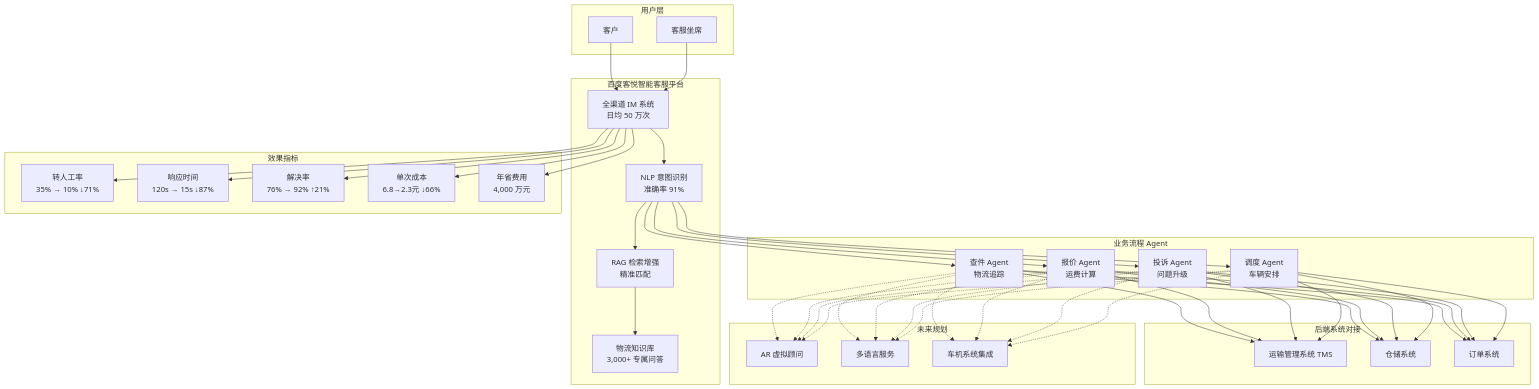
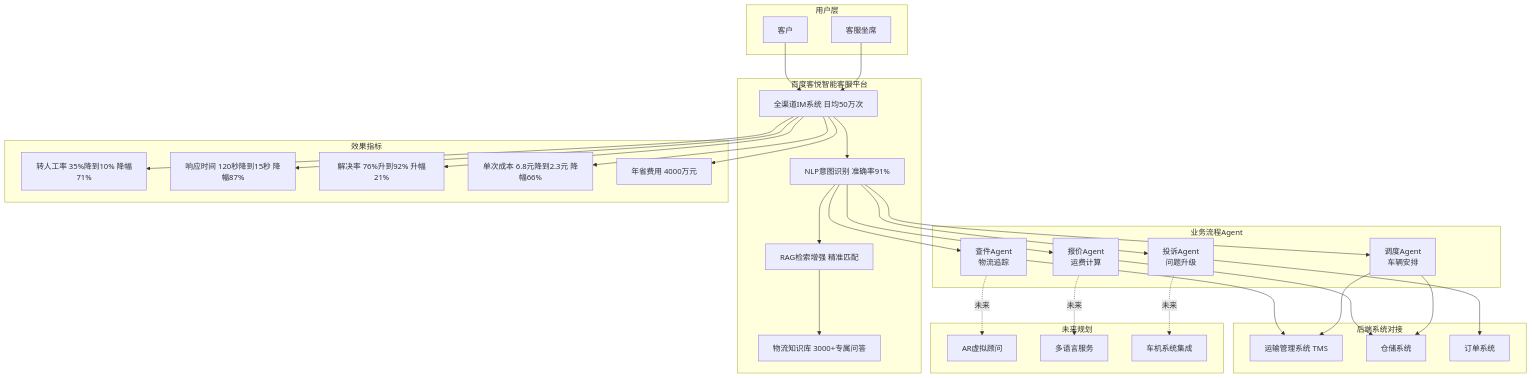
One commit to wly-163/grid-qa changed the seventh of 8 diagrams in 供应链物流智能客服Agent架构图.md. Above: the diagram before and after it, drawn with Mermaid. The commit also changed other lines of this file, not shown here.

First line of the commit message:
fix: 修复Mermaid图语法-去掉&多目标箭头和emoji

````diff
--- a/供应链物流智能客服Agent架构图.md
+++ b/供应链物流智能客服Agent架构图.md
@@ -378,49 +455,64 @@
 ```mermaid
 flowchart TB
     subgraph 用户层
-        C["客户"]
-        CS["客服坐席"]
+        C2["客户"]
+        CS2["客服坐席"]
     end
 
     subgraph 百度客悦智能客服平台
-        NLU["NLP 意图识别<br>准确率 91%"]
-        KB["物流知识库<br>3,000+ 专属问答"]
-        IM["全渠道 IM 系统<br>日均 50 万次"]
-        RAG["RAG 检索增强<br>精准匹配"]
+        NLU["NLP意图识别 准确率91%"]
+        KB["物流知识库 3000+专属问答"]
+        IM["全渠道IM系统 日均50万次"]
+        RAG["RAG检索增强 精准匹配"]
     end
 
-    subgraph 业务流程 Agent
-        QA["查件 Agent<br>物流追踪"]
-        PA["报价 Agent<br>运费计算"]
-        CA["投诉 Agent<br>问题升级"]
-        SA["调度 Agent<br>车辆安排"]
+    subgraph 业务流程Agent
+        QA2["查件Agent<br>物流追踪"]
+        PA2["报价Agent<br>运费计算"]
+        CA3["投诉Agent<br>问题升级"]
+        SA3["调度Agent<br>车辆安排"]
     end
 
     subgraph 后端系统对接
         TMS["运输管理系统 TMS"]
         WMS["仓储系统"]
         OMS["订单系统"]
     end
 
     subgraph 效果指标
-        M1["转人工率<br>35% → 10% ↓71%"]
-        M2["响应时间<br>120s → 15s ↓87%"]
-        M3["解决率<br>76% → 92% ↑21%"]
-        M4["单次成本<br>6.8→2.3元 ↓66%"]
-        M5["年省费用<br>4,000 万元"]
+        M1["转人工率 35%降到10% 降幅71%"]
+        M2["响应时间 120秒降到15秒 降幅87%"]
+        M3["解决率 76%升到92% 升幅21%"]
+        M4["单次成本 6.8元降到2.3元 降幅66%"]
+        M5["年省费用 4000万元"]
     end
 
-    C --> IM
-    CS --> IM
-    IM --> NLU --> RAG --> KB
-    NLU --> QA & PA & CA & SA
-    QA & PA & CA & SA --> TMS & WMS & OMS
-    IM --> M1 & M2 & M3 & M4 & M5
-    
     subgraph 未来规划
-        AR["AR 虚拟顾问"]
+        AR["AR虚拟顾问"]
         ML["多语言服务"]
         CAR["车机系统集成"]
     end
-    QA & PA & CA & SA -.-> AR & ML & CAR
+
+    C2 --> IM
+    CS2 --> IM
+    IM --> NLU
+    NLU --> RAG
+    RAG --> KB
+    NLU --> QA2
+    NLU --> PA2
+    NLU --> CA3
+    NLU --> SA3
+    QA2 --> TMS
+    PA2 --> WMS
+    CA3 --> OMS
+    SA3 --> TMS
+    SA3 --> WMS
+    IM --> M1
+    IM --> M2
+    IM --> M3
+    IM --> M4
+    IM --> M5
+    QA2 -.->|未来| AR
+    PA2 -.->|未来| ML
+    CA3 -.->|未来| CAR
 ```
````
